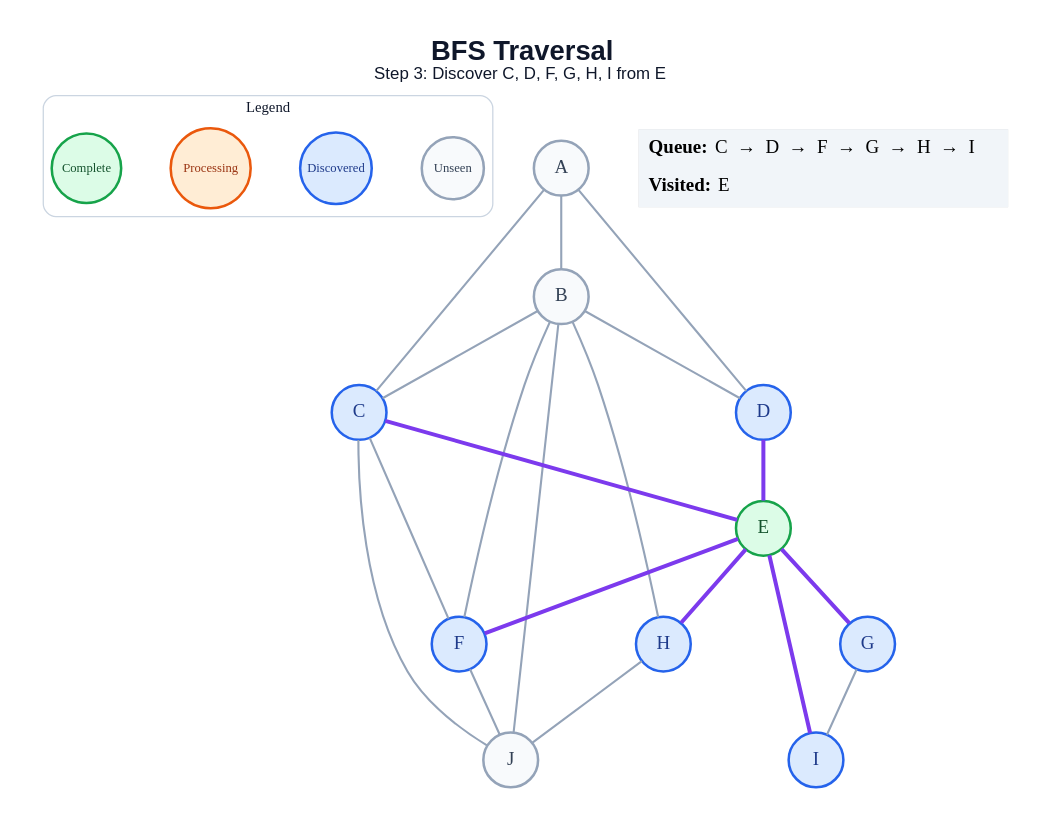
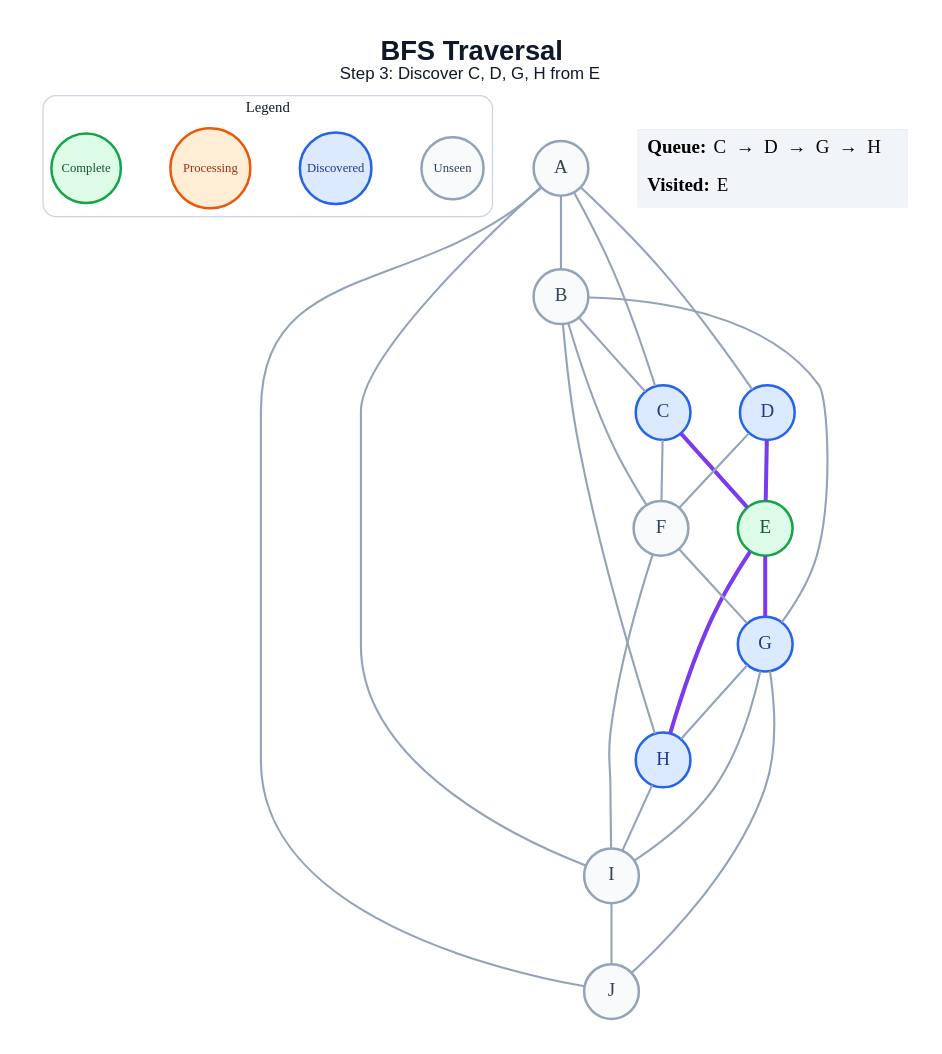
One commit to amanghodawala9/ai-slop changed the diagram in generated/specific-node/bfs/step_03.dot. Above: the diagram before and after it, drawn with Graphviz. The commit also changed 178 other files, not shown here.

```diff
--- a/generated/specific-node/bfs/step_03.dot
+++ b/generated/specific-node/bfs/step_03.dot
@@ -1,48 +1,51 @@
 graph traversal {
   graph [layout=dot, rankdir=TB, bgcolor="#FFFFFF", pad="0.35", nodesep="0.65", ranksep="0.8", fontname="Arial"];
   node [shape=circle, style="filled", fontname="Arial Bold", fontsize=18, width=0.72, fixedsize=true, penwidth=2.4];
   edge [color="#94A3B8", penwidth=2.0];
-  label=<<B>BFS Traversal</B><BR/><FONT POINT-SIZE="16">Step 3: Discover C, D, F, G, H, I from E</FONT>>; labelloc="t"; fontsize=26; fontname="Arial"; fontcolor="#0F172A";
+  label=<<B>BFS Traversal</B><BR/><FONT POINT-SIZE="16">Step 3: Discover C, D, G, H from E</FONT>>; labelloc="t"; fontsize=26; fontname="Arial"; fontcolor="#0F172A";
   subgraph cluster_legend { label="Legend"; color="#CBD5E1"; penwidth=1.2; style="rounded"; fontsize=14; fontname="Arial Bold";
     key_unseen [label="Unseen", fillcolor="#F8FAFC", color="#94A3B8", fontcolor="#334155", fontsize=12, width=0.82];
     key_frontier [label="Discovered", fillcolor="#DBEAFE", color="#2563EB", fontcolor="#1E3A8A", fontsize=12, width=0.95];
     key_current [label="Processing", fillcolor="#FFEDD5", color="#EA580C", fontcolor="#9A3412", fontsize=12, width=1.05];
     key_done [label="Complete", fillcolor="#DCFCE7", color="#16A34A", fontcolor="#14532D", fontsize=12, width=0.92];
     { rank=same; key_unseen; key_frontier; key_current; key_done; }
   }
   A [fillcolor="#F8FAFC", color="#94A3B8", fontcolor="#334155"];
   B [fillcolor="#F8FAFC", color="#94A3B8", fontcolor="#334155"];
   C [fillcolor="#DBEAFE", color="#2563EB", fontcolor="#1E3A8A"];
   D [fillcolor="#DBEAFE", color="#2563EB", fontcolor="#1E3A8A"];
   E [fillcolor="#DCFCE7", color="#16A34A", fontcolor="#14532D"];
-  F [fillcolor="#DBEAFE", color="#2563EB", fontcolor="#1E3A8A"];
+  F [fillcolor="#F8FAFC", color="#94A3B8", fontcolor="#334155"];
   G [fillcolor="#DBEAFE", color="#2563EB", fontcolor="#1E3A8A"];
   H [fillcolor="#DBEAFE", color="#2563EB", fontcolor="#1E3A8A"];
-  I [fillcolor="#DBEAFE", color="#2563EB", fontcolor="#1E3A8A"];
+  I [fillcolor="#F8FAFC", color="#94A3B8", fontcolor="#334155"];
   J [fillcolor="#F8FAFC", color="#94A3B8", fontcolor="#334155"];
   A -- B;
   A -- C;
   A -- D;
+  A -- I;
+  A -- J;
   B -- C;
-  B -- D;
   B -- F;
+  B -- G;
   B -- H;
-  B -- J;
   C -- E [color="#7C3AED", penwidth=3.8];
   C -- F;
-  C -- J;
   D -- E [color="#7C3AED", penwidth=3.8];
-  E -- F [color="#7C3AED", penwidth=3.8];
+  D -- F;
   E -- G [color="#7C3AED", penwidth=3.8];
   E -- H [color="#7C3AED", penwidth=3.8];
-  E -- I [color="#7C3AED", penwidth=3.8];
-  F -- J;
+  F -- G;
+  F -- I;
+  G -- H;
   G -- I;
-  H -- J;
+  G -- J;
+  H -- I;
+  I -- J;
   status [shape=plain, fixedsize=false, width=0, height=0, margin=0, label=<
     <TABLE BORDER="0" CELLBORDER="0" CELLPADDING="7" BGCOLOR="#F1F5F9">
-      <TR><TD ALIGN="LEFT"><B>Queue:</B> C  →  D  →  F  →  G  →  H  →  I</TD></TR>
+      <TR><TD ALIGN="LEFT"><B>Queue:</B> C  →  D  →  G  →  H</TD></TR>
       <TR><TD ALIGN="LEFT"><B>Visited:</B> E</TD></TR>
     </TABLE>
   >];
 }
```
